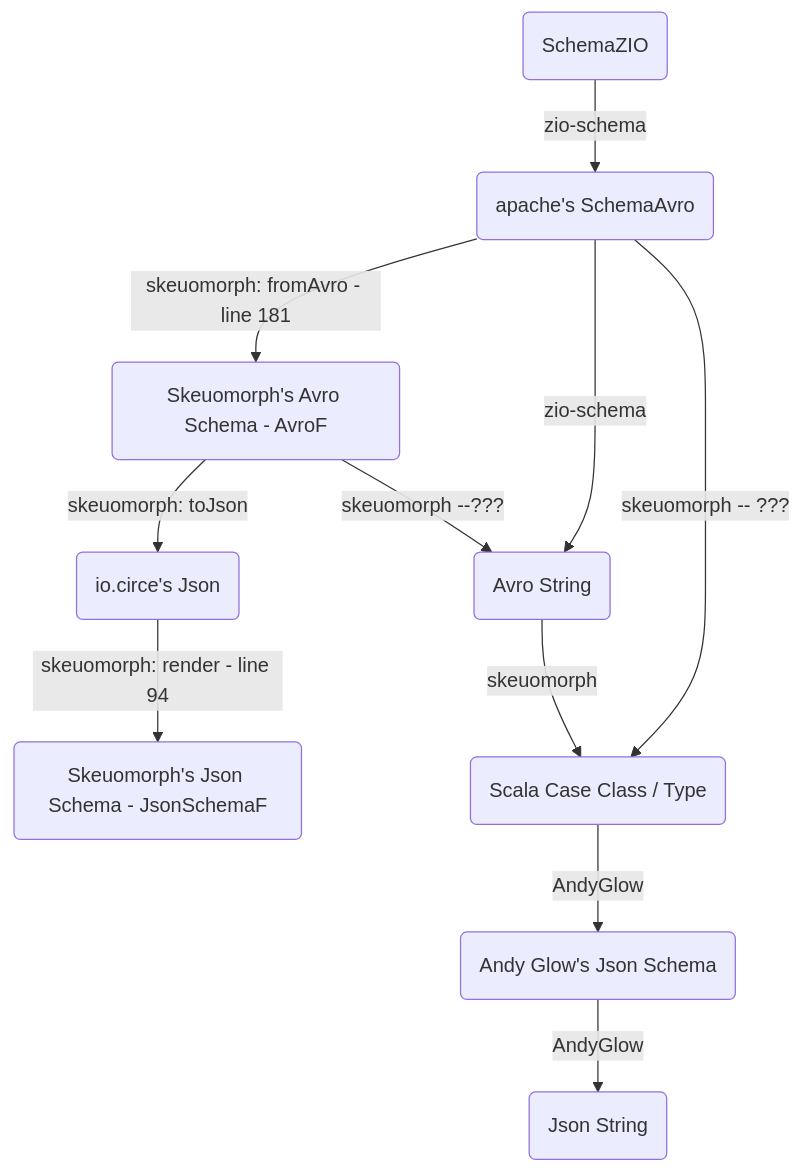
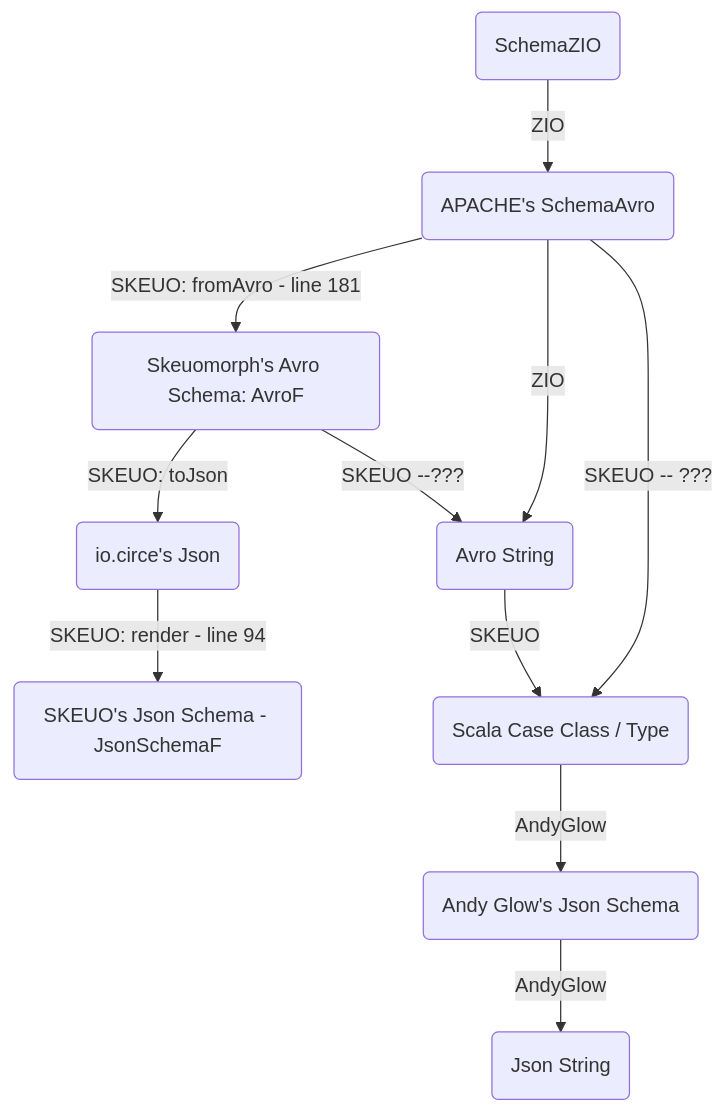
One commit to statisticallyfit/ScalaZIOSchemorphicStream changed the diagram in README.md. Above: the diagram before and after it, drawn with Mermaid. The commit also changed other lines of this file and 1 other file, not shown here.

````diff
--- a/README.md
+++ b/README.md
@@ -142,14 +201,14 @@
 ```mermaid
 flowchart TD
-    SK(Skeuomorph's Avro Schema - AvroF) -->|skeuomorph: toJson| SIJ(io.circe's Json)
-    SIJ(io.circe's Json) -->|skeuomorph: render - line 94| SJ(Skeuomorph's Json Schema - JsonSchemaF)
-    SK(Skeuomorph's Avro Schema - AvroF) -->|skeuomorph --???| A(Avro String)
-    SA(apache's SchemaAvro) -->|skeuomorph: fromAvro - line 181| SK(Skeuomorph's Avro Schema - AvroF)
-    SZ(SchemaZIO) -->|zio-schema| SA(apache's SchemaAvro)
-    SA(apache's SchemaAvro) -->|zio-schema| A(Avro String)
-    SA(apache's SchemaAvro) -->|skeuomorph -- ???| C(Scala Case Class / Type)
-    A(Avro String) -->|skeuomorph| C(Scala Case Class / Type)
+    SK(SKEUO's Avro Schema: AvroF) -->|SKEUO: toJson| SIJ(io.circe's Json)
+    SIJ(io.circe's Json) -->|SKEUO: render - line 94| SJ(SKEUO's Json Schema - JsonSchemaF)
+    SK(Skeuomorph's Avro Schema: AvroF) -->|SKEUO --???| A(Avro String)
+    SA(APACHE's SchemaAvro) -->|SKEUO: fromAvro - line 181| SK(Skeuomorph's Avro Schema: AvroF)
+    SZ(SchemaZIO) -->|ZIO| SA(APACHE's SchemaAvro)
+    SA(APACHE's SchemaAvro) -->|ZIO| A(Avro String)
+    SA(APACHE's SchemaAvro) -->|SKEUO -- ???| C(Scala Case Class / Type)
+    A(Avro String) -->|SKEUO| C(Scala Case Class / Type)
     C(Scala Case Class / Type) -->|AndyGlow| SGJ(Andy Glow's Json Schema)
     SGJ(Andy Glow's Json Schema) -->|AndyGlow| J(Json String)
 
 ```
````
